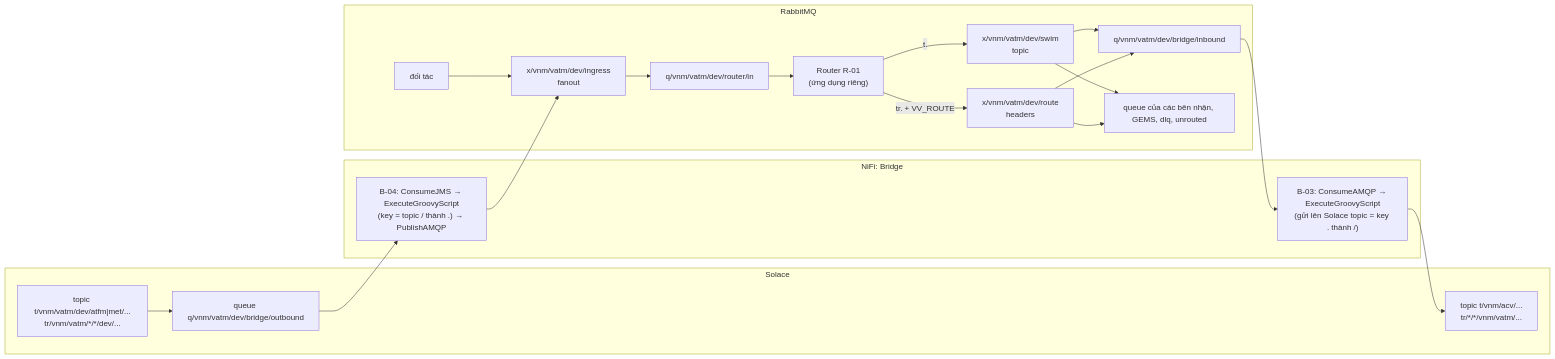
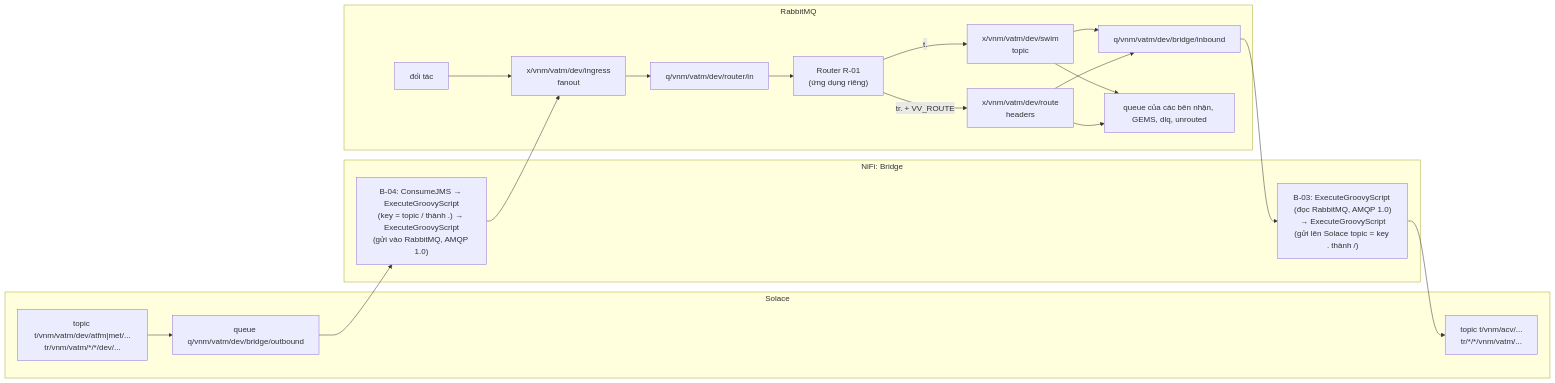
Before and after one commit to hieuth133/bridge-internal: the diagram in README.md, drawn with Mermaid. The commit also changed other lines of this file and 14 other files, not shown here.

Commit message:
feat: migrate RabbitMQ integration to AMQP 1.0 using custom Groovy scripts

````diff
--- a/README.md
+++ b/README.md
@@ -184,25 +188,25 @@
 ```mermaid
 flowchart LR
   subgraph Solace
     ST["topic t/vnm/vatm/dev/atfm|met/...<br/>tr/vnm/vatm/*/*/dev/..."] --> SQ["queue q/vnm/vatm/dev/bridge/outbound"]
     SI["topic t/vnm/acv/...<br/>tr/*/*/vnm/vatm/..."]
   end
   subgraph NiFi["NiFi: Bridge"]
-    B4["B-04: ConsumeJMS → ExecuteGroovyScript<br/>(key = topic / thành .) → PublishAMQP"]
-    B3["B-03: ConsumeAMQP → ExecuteGroovyScript<br/>(gửi lên Solace topic = key . thành /)"]
+    B4["B-04: ConsumeJMS → ExecuteGroovyScript<br/>(key = topic / thành .) → ExecuteGroovyScript<br/>(gửi vào RabbitMQ, AMQP 1.0)"]
+    B3["B-03: ExecuteGroovyScript (đọc RabbitMQ, AMQP 1.0)<br/>→ ExecuteGroovyScript<br/>(gửi lên Solace topic = key . thành /)"]
   end
   subgraph RabbitMQ
     IN["x/vnm/vatm/dev/ingress<br/>fanout"] --> RQ["q/vnm/vatm/dev/router/in"]
     R["Router R-01<br/>(ứng dụng riêng)"]
     SW["x/vnm/vatm/dev/swim<br/>topic"]
     RT["x/vnm/vatm/dev/route<br/>headers"]
     SW & RT --> BI["q/vnm/vatm/dev/bridge/inbound"]
     SW & RT --> OUT["queue của các bên nhận, GEMS, dlq, unrouted"]
     P["đối tác"] --> IN
     RQ --> R
     R -- "t." --> SW
     R -- "tr. + VV_ROUTE" --> RT
   end
   SQ --> B4 --> IN
   BI --> B3 --> SI
 ```
````
